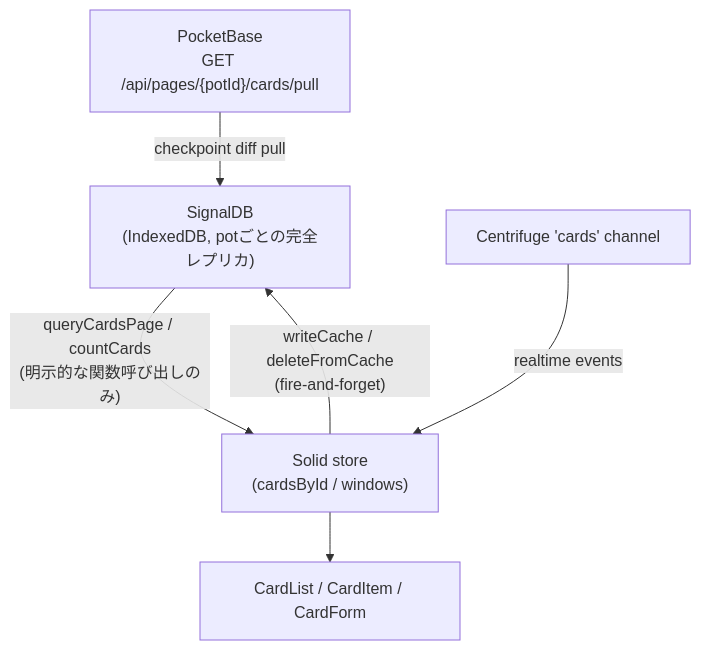
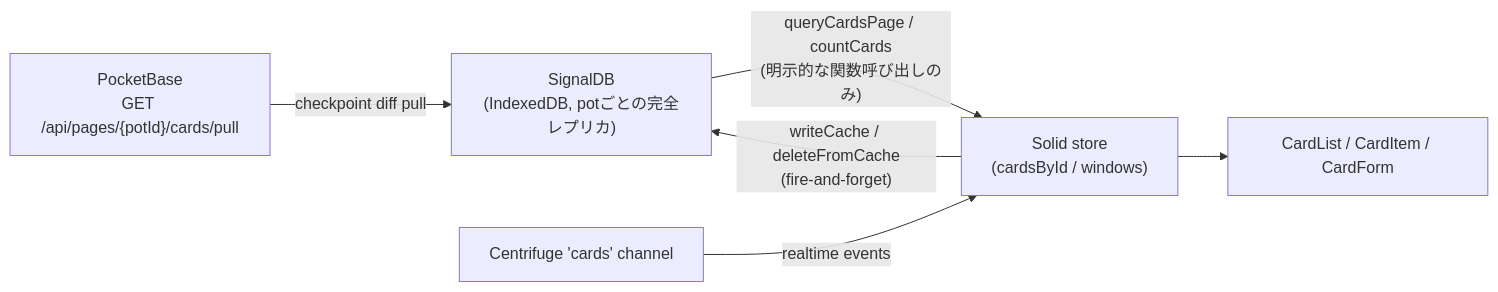
One commit to asano69/cardpot changed the diagram in docs/signaldb-offline-sync.md. Above: the diagram before and after it, drawn with Mermaid.

Commit message:
docs/signaldb-offline-sync.md を更新

````diff
--- a/docs/signaldb-offline-sync.md
+++ b/docs/signaldb-offline-sync.md
@@ -10,14 +10,14 @@
 ```mermaid
-graph TD
+graph LR
     PB["PocketBase<br/>GET /api/pages/{potId}/cards/pull"]
     SDB["SignalDB<br/>(IndexedDB, potごとの完全レプリカ)"]
     STORE["Solid store<br/>(cardsById / windows)"]
     UI["CardList / CardItem / CardForm"]
     RT["Centrifuge 'cards' channel"]
 
     PB -- "checkpoint diff pull" --> SDB
     SDB -- "queryCardsPage / countCards<br/>(明示的な関数呼び出しのみ)" --> STORE
     RT -- "realtime events" --> STORE
     STORE -- "writeCache / deleteFromCache<br/>(fire-and-forget)" --> SDB
     STORE --> UI
 ```
````
